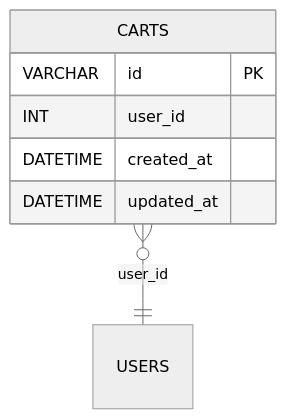
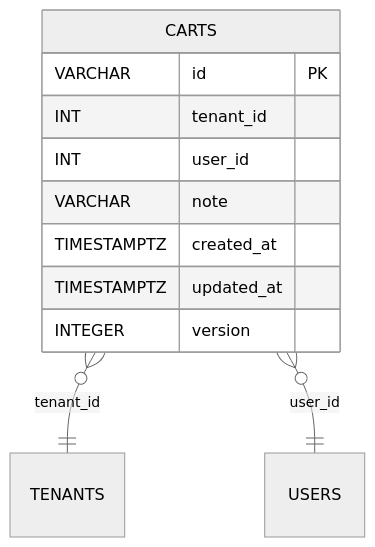
One commit to blackcatdatabase/table-carts changed the diagram in README.md. Above: the diagram before and after it, drawn with Mermaid (neutral theme). The commit also changed other lines of this file and 26 other files, not shown here.

First line of the commit message:
Regen schema (#1)

````diff
--- a/README.md
+++ b/README.md
@@ -50,10 +57,14 @@
 ```mermaid
 erDiagram
   CARTS {
     VARCHAR id PK
+    INT tenant_id
     INT user_id
-    DATETIME created_at
-    DATETIME updated_at
+    VARCHAR note
+    TIMESTAMPTZ created_at
+    TIMESTAMPTZ updated_at
+    INTEGER version
   }
+  CARTS }o--|| TENANTS : "tenant_id"
   CARTS }o--|| USERS : "user_id"
 ```
````
